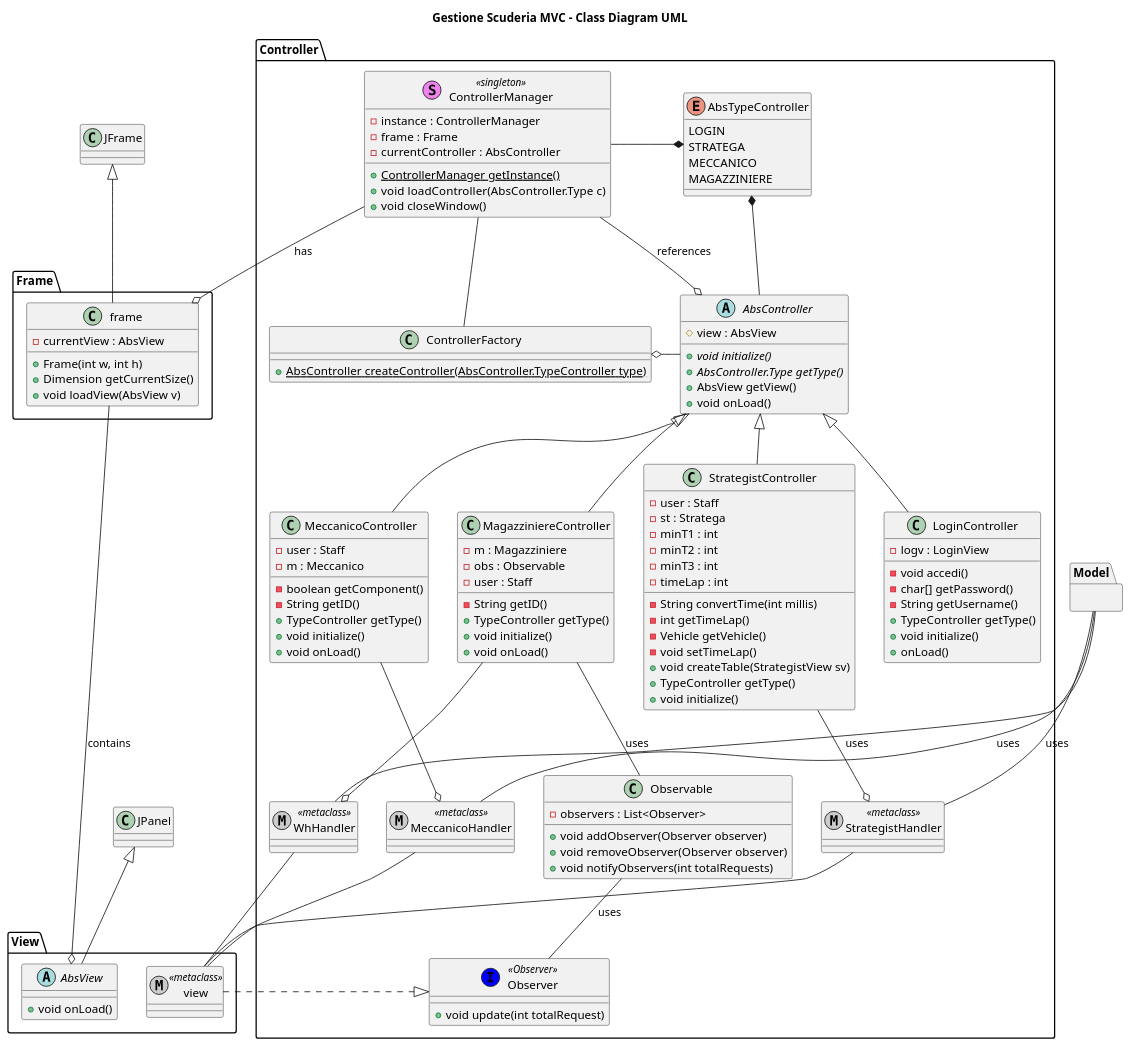
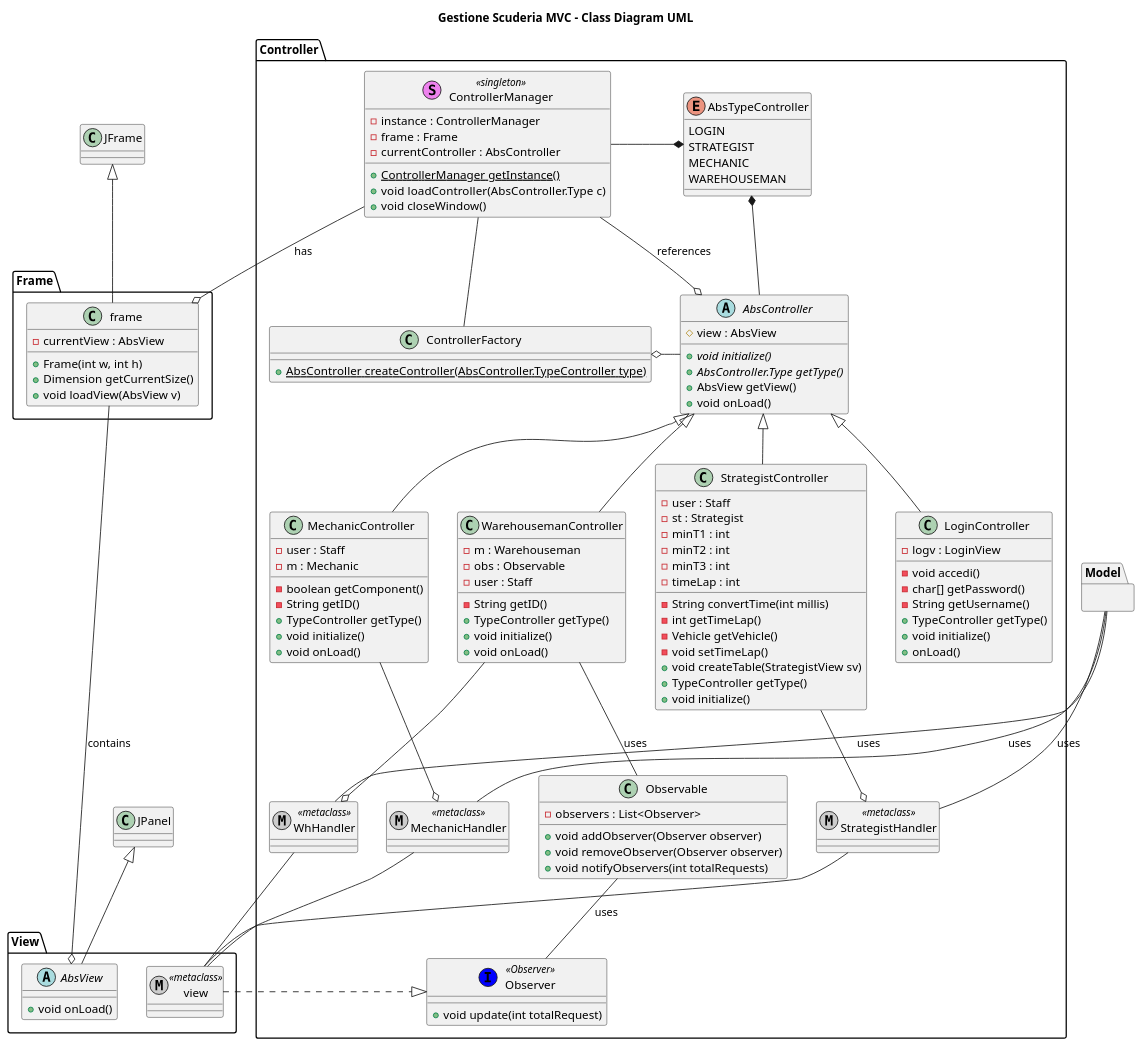
Before and after one commit to IngSW-unipv/Progetto-S24: the diagram in project_document/SECTOR1-UML/UML/MVC_UML/MVC_UML.wsd, drawn with PlantUML. The commit also changed 3 other files, not shown here.

```diff
--- a/project_document/SECTOR1-UML/UML/MVC_UML/MVC_UML.wsd
+++ b/project_document/SECTOR1-UML/UML/MVC_UML/MVC_UML.wsd
@@ -1,162 +1,162 @@
 @startuml
 
 title Gestione Scuderia MVC - Class Diagram UML
 
 package Controller{
     abstract class AbsController {
         # view : AbsView
         + {abstract} void initialize()
         + {abstract} AbsController.Type getType()
         + AbsView getView()
         + void onLoad()
     }
 
     enum AbsTypeController {
         LOGIN
-        STRATEGA
-        MECCANICO
-        MAGAZZINIERE
+        STRATEGIST
+        MECHANIC
+        WAREHOUSEMAN
     }
 
     class ControllerFactory{
       + {static}AbsController createController(AbsController.TypeController type)
     }
 
     class ControllerManager << (S,Violet) singleton >> {
      - instance : ControllerManager
      - frame : Frame
      - currentController : AbsController
      + {static} ControllerManager getInstance()
      + void loadController(AbsController.Type c)
      + void closeWindow()
     }
   
    class LoginController{
      - logv : LoginView
      - void accedi()
      - char[] getPassword()
      - String getUsername()
      + TypeController getType()
      + void initialize()
      + onLoad()
    }
 
-   class MagazziniereController{
-     - m : Magazziniere
+   class WarehousemanController{
+     - m : Warehouseman
      - obs : Observable
      - user : Staff
      - String getID()
      + TypeController getType()
      + void initialize()
      + void onLoad()  
    }
 
    metaclass WhHandler << metaclass >>
-   metaclass MeccanicoHandler << metaclass >>
+   metaclass MechanicHandler << metaclass >>
    metaclass StrategistHandler << metaclass >>
  
-  class MeccanicoController{
+  class MechanicController{
     - user : Staff 
-    - m : Meccanico
+    - m : Mechanic
     - boolean getComponent()
     - String getID()
     + TypeController getType()
     + void initialize()
     + void onLoad()
   }
   
   class Observable{
     - observers : List<Observer>
     + void addObserver(Observer observer)
     + void removeObserver(Observer observer)
     + void notifyObservers(int totalRequests)
   }
 
   class Observer << (I,BLUE) Observer >> {
     + void update(int totalRequest)
   }
  
  
   class StrategistController{
     - user : Staff 
-    - st : Stratega 
+    - st : Strategist
     - minT1 : int 
     - minT2 : int 
     - minT3 : int 
     - timeLap : int 
     - String convertTime(int millis)
     - int getTimeLap()
     - Vehicle getVehicle()
     - void setTimeLap()
     + void createTable(StrategistView sv)
     + TypeController getType() 
     + void initialize()
   }
 
 
  ControllerManager --o AbsController : references
  ControllerManager -- ControllerFactory  
 
 
  LoginController -up-|> AbsController
- MeccanicoController -up-|> AbsController
- MagazziniereController -up-|> AbsController
+ MechanicController -up-|> AbsController
+ WarehousemanController -up-|> AbsController
 
  StrategistController -up-|> AbsController
 
- MeccanicoController --o MeccanicoHandler
+ MechanicController --o MechanicHandler
  
- MagazziniereController --o WhHandler
+ WarehousemanController --o WhHandler
  
  StrategistController --o StrategistHandler
 
  AbsController -up-* AbsTypeController
  AbsController -right-o ControllerFactory
  ControllerManager -left-* AbsTypeController
- MagazziniereController -- Observable : uses
+ WarehousemanController -- Observable : uses
  Observable -down- Observer : uses
 
 }
 
 package View{
     metaclass view << metaclass >>
 
     abstract class AbsView{
         + void onLoad()
     }
 }
 
 AbsView -up-|> JPanel
 
 
 package Model{
 
 }
 
 package Frame{
   class frame{
     - currentView : AbsView
     + Frame(int w, int h)
     + Dimension getCurrentSize()
     + void loadView(AbsView v)
   }
 
   frame --o AbsView : contains
   ControllerManager --o frame : has
 }
 
 
 
 view -.|> Observer
 
-MeccanicoHandler -up- Model : uses
+MechanicHandler -up- Model : uses
 StrategistHandler -up- Model  : uses
 WhHandler -up- Model : uses
 
 WhHandler -- view
-MeccanicoHandler -- view
+MechanicHandler -- view
 StrategistHandler -- view
 
 frame -up-|> JFrame
 
 @enduml
```
